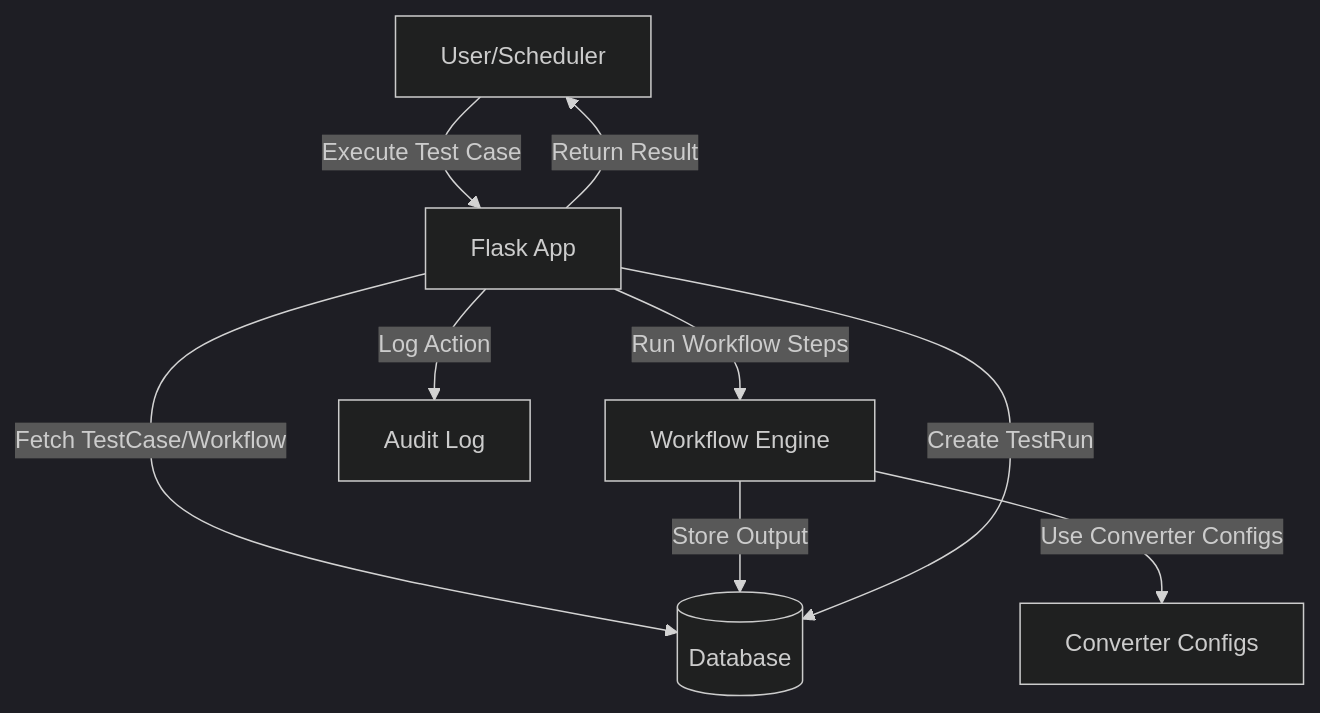
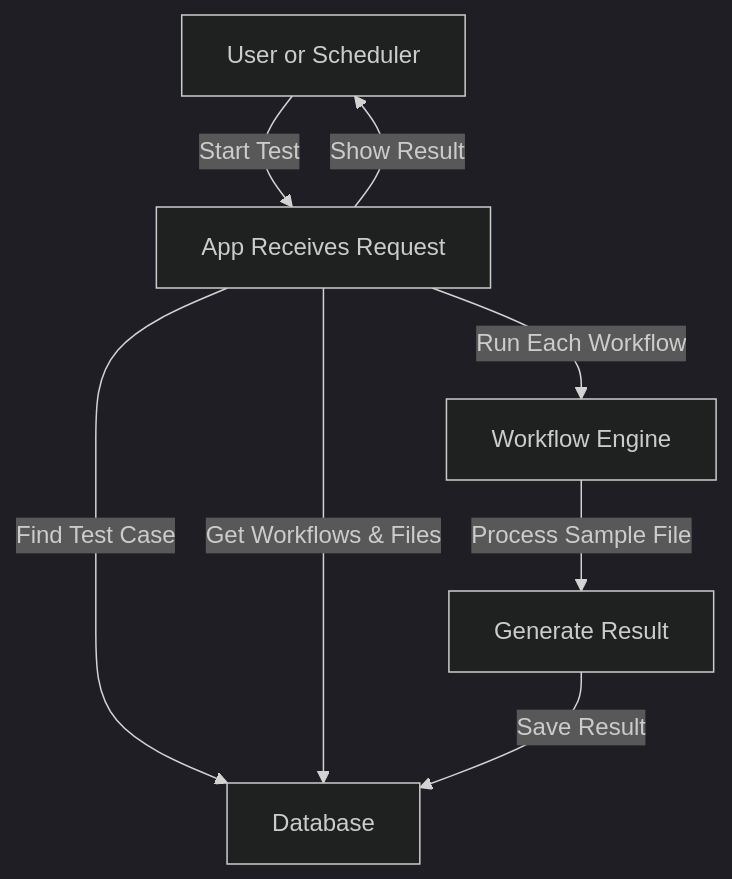
One commit to achaljoshi/converterapp changed the third of 3 diagrams in DESIGN.md. Above: the diagram before and after it, drawn with Mermaid (dark theme). The commit also changed other lines of this file and 1 other file, not shown here.

Commit message:
Psedo code

````diff
--- a/DESIGN.md
+++ b/DESIGN.md
@@ -217,11 +217,10 @@
 ```mermaid
 flowchart TD
-    U[User/Scheduler] -->|Execute Test Case| FA[Flask App]
-    FA -->|Fetch TestCase/Workflow| DB[(Database)]
-    FA -->|Run Workflow Steps| WF[Workflow Engine]
-    WF -->|Use Converter Configs| CC[Converter Configs]
-    WF -->|Store Output| DB
-    FA -->|Create TestRun| DB
-    FA -->|Log Action| AL[Audit Log]
-    FA -->|Return Result| U
+    User[User or Scheduler] -->|Start Test| App[App Receives Request]
+    App -->|Find Test Case| DB[Database]
+    App -->|Get Workflows & Files| DB
+    App -->|Run Each Workflow| Workflow[Workflow Engine]
+    Workflow -->|Process Sample File| Output[Generate Result]
+    Output -->|Save Result| DB
+    App -->|Show Result| User
 ```
````
